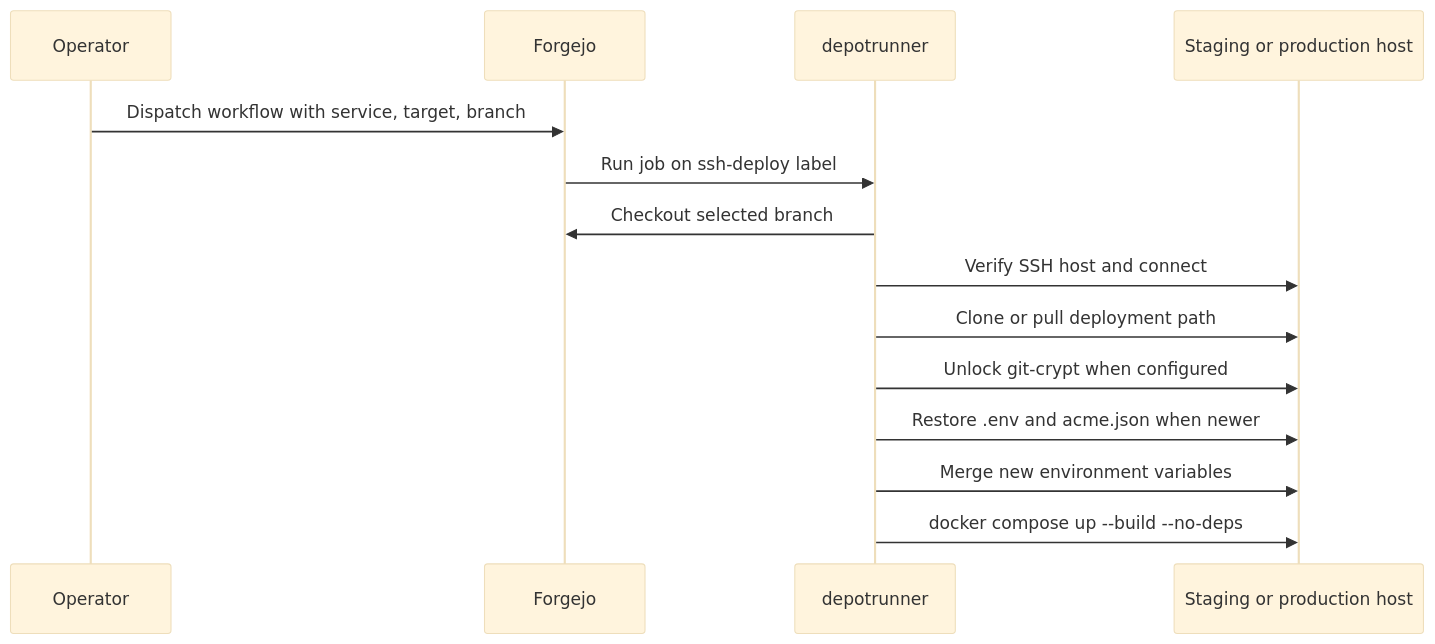
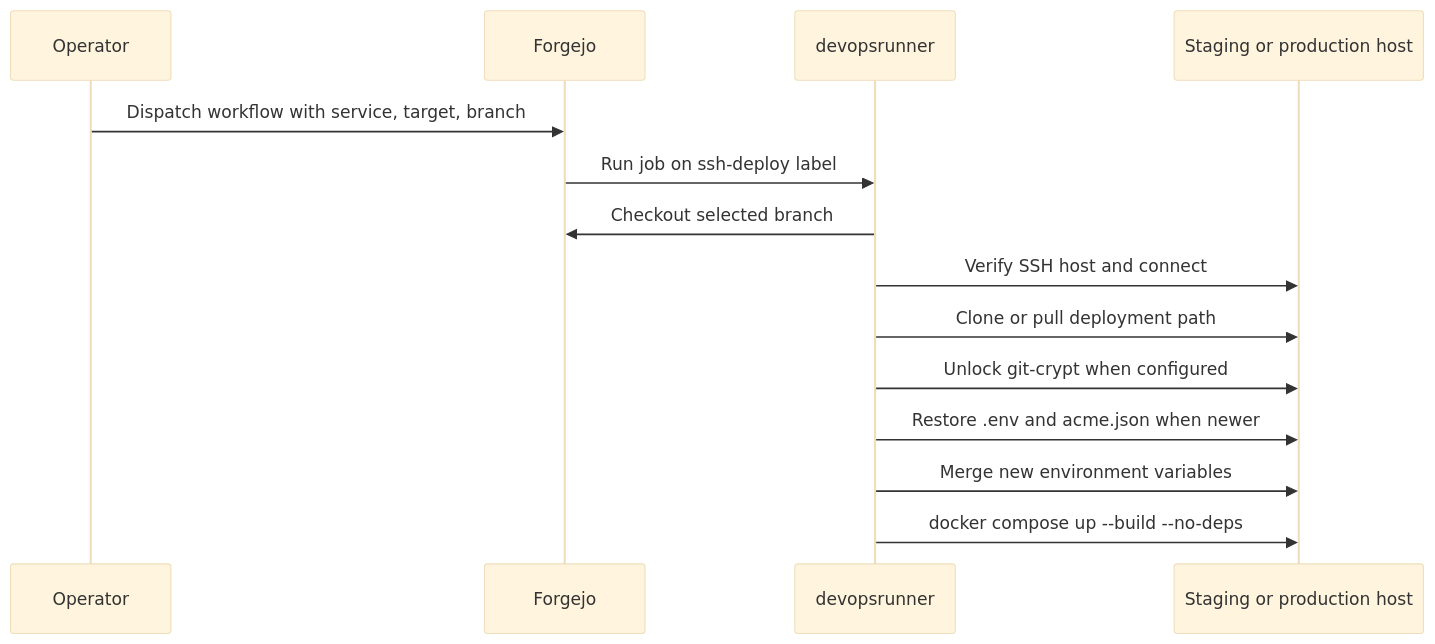
One commit to yongxinL/servicehub changed the third of 7 diagrams in docs/architecture/DATA-FLOW.md. Above: the diagram before and after it, drawn with Mermaid (base theme). The commit also changed other lines of this file and 52 other files, not shown here.

````diff
--- a/docs/architecture/DATA-FLOW.md
+++ b/docs/architecture/DATA-FLOW.md
@@ -78,16 +78,16 @@
 ```mermaid
 sequenceDiagram
     participant O as Operator
     participant F as Forgejo
-    participant R as depotrunner
+    participant R as devopsrunner
     participant H as Staging or production host
     O->>F: Dispatch workflow with service, target, branch
     F->>R: Run job on ssh-deploy label
     R->>F: Checkout selected branch
     R->>H: Verify SSH host and connect
     R->>H: Clone or pull deployment path
     R->>H: Unlock git-crypt when configured
     R->>H: Restore .env and acme.json when newer
     R->>H: Merge new environment variables
     R->>H: docker compose up --build --no-deps
 ```
````
